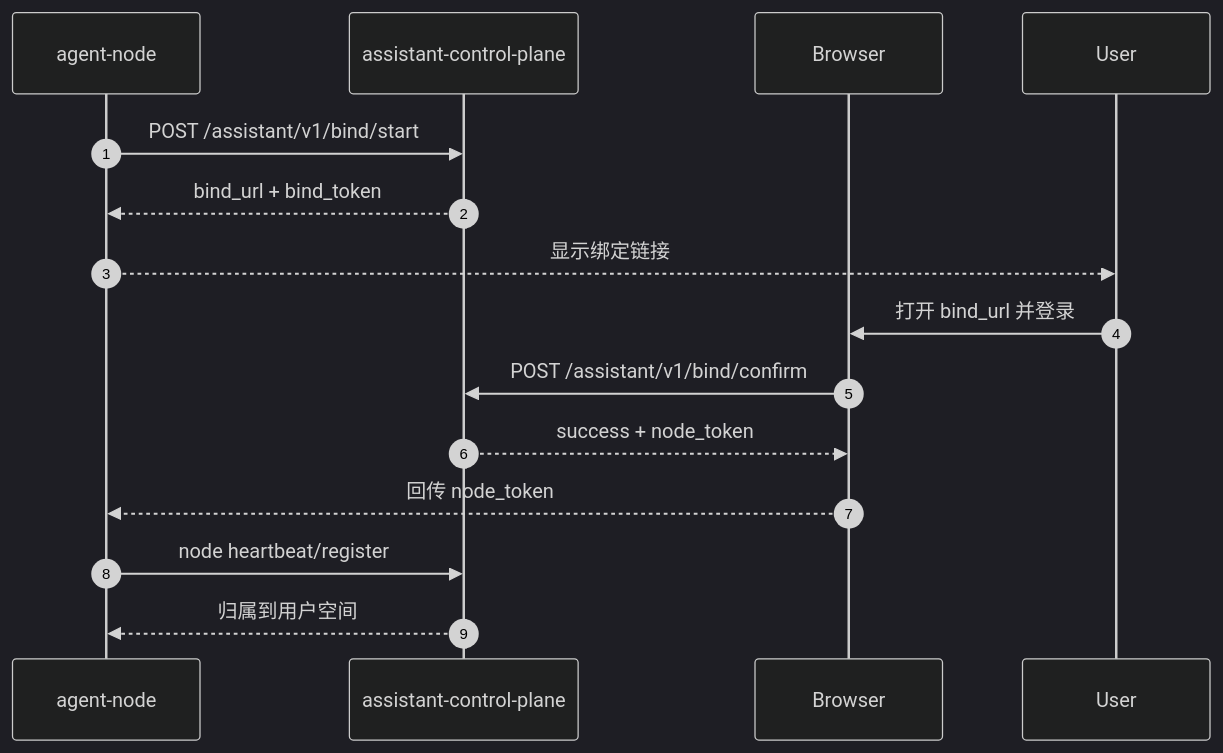
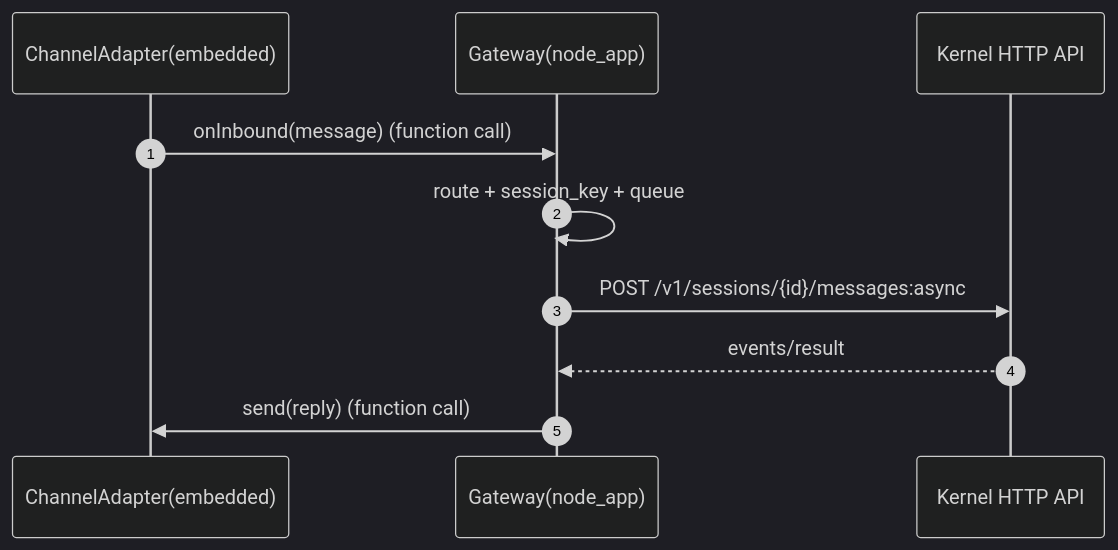
The second of 4 diagrams in Agent 助手（基于 SDK 的上层应用）蓝图.md (Mrchen116/nano-multiagent), drawn with Mermaid (dark theme) before and after one commit. The commit also changed other lines of this file and 3 other files, not shown here.

Commit message:
docs：Agent助手/IM的蓝图

````diff
--- a/Agent 助手（基于 SDK 的上层应用）蓝图.md
+++ b/Agent 助手（基于 SDK 的上层应用）蓝图.md
@@ -216,18 +173,13 @@
 ```mermaid
 sequenceDiagram
     autonumber
-    participant Node as agent-node
-    participant CP as assistant-control-plane
-    participant Web as Browser
-    participant User as User
+    participant CH as ChannelAdapter(embedded)
+    participant GW as Gateway(node_app)
+    participant KAPI as Kernel HTTP API
 
-    Node->>CP: POST /assistant/v1/bind/start
-    CP-->>Node: bind_url + bind_token
-    Node-->>User: 显示绑定链接
-    User->>Web: 打开 bind_url 并登录
-    Web->>CP: POST /assistant/v1/bind/confirm
-    CP-->>Web: success + node_token
-    Web-->>Node: 回传 node_token
-    Node->>CP: node heartbeat/register
-    CP-->>Node: 归属到用户空间
+    CH->>GW: onInbound(message)  (function call)
+    GW->>GW: route + session_key + queue
+    GW->>KAPI: POST /v1/sessions/{id}/messages:async
+    KAPI-->>GW: events/result
+    GW->>CH: send(reply) (function call)
 ```
````
